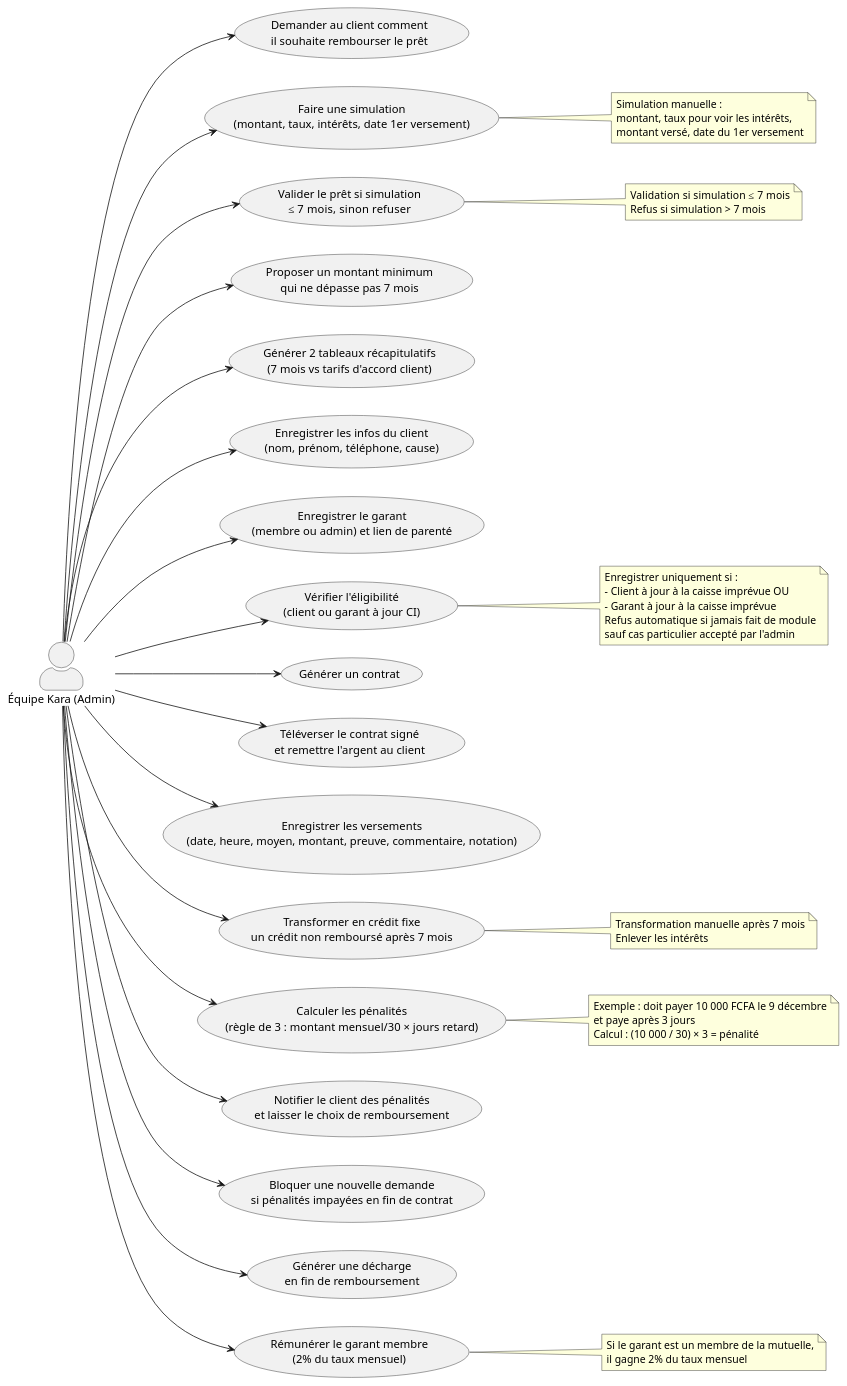
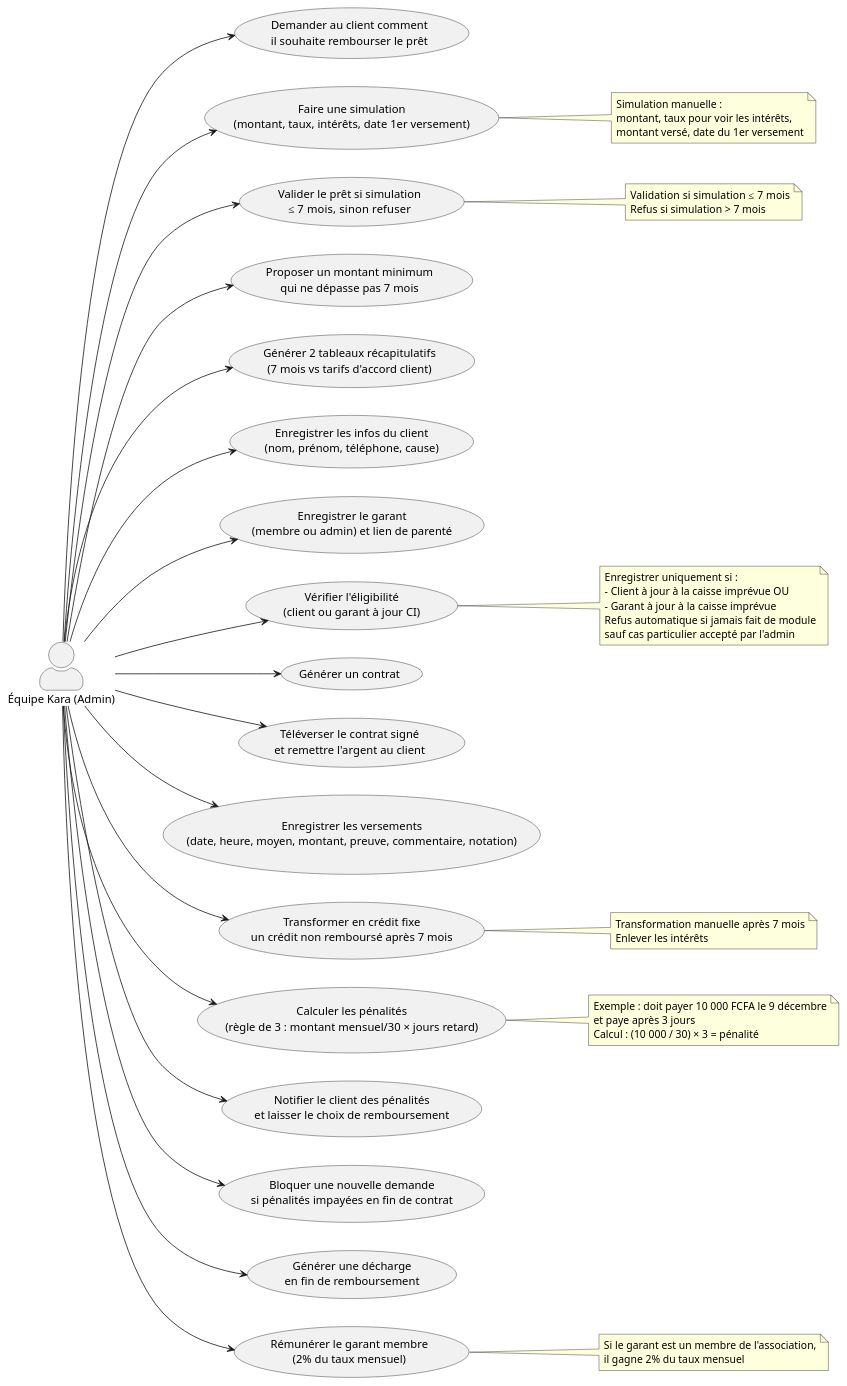
One commit to GlennEriss/kara-client-front changed the diagram in documentation/credit-speciale/V1/credit-speciale-usecases-admin.puml. Above: the diagram before and after it, drawn with PlantUML. The commit also changed 92 other files, not shown here.

```diff
--- a/documentation/credit-speciale/V1/credit-speciale-usecases-admin.puml
+++ b/documentation/credit-speciale/V1/credit-speciale-usecases-admin.puml
@@ -1,78 +1,78 @@
 @startuml
 left to right direction
 skinparam actorStyle awesome
 
 actor "Équipe Kara (Admin)" as Admin
 
 usecase "Demander au client comment\nil souhaite rembourser le prêt" as UC2
 usecase "Faire une simulation\n(montant, taux, intérêts, date 1er versement)" as UC4
 usecase "Valider le prêt si simulation\n≤ 7 mois, sinon refuser" as UC5
 usecase "Proposer un montant minimum\nqui ne dépasse pas 7 mois" as UC6
 usecase "Générer 2 tableaux récapitulatifs\n(7 mois vs tarifs d'accord client)" as UC8
 usecase "Enregistrer les infos du client\n(nom, prénom, téléphone, cause)" as UC9
 usecase "Enregistrer le garant\n(membre ou admin) et lien de parenté" as UC9b
 usecase "Vérifier l'éligibilité\n(client ou garant à jour CI)" as UC10
 usecase "Générer un contrat" as UC11
 usecase "Téléverser le contrat signé\net remettre l'argent au client" as UC13
 usecase "Enregistrer les versements\n(date, heure, moyen, montant, preuve, commentaire, notation)" as UC14
 usecase "Transformer en crédit fixe\nun crédit non remboursé après 7 mois" as UC15
 usecase "Calculer les pénalités\n(règle de 3 : montant mensuel/30 × jours retard)" as UC16
 usecase "Notifier le client des pénalités\net laisser le choix de remboursement" as UC17
 usecase "Bloquer une nouvelle demande\nsi pénalités impayées en fin de contrat" as UC18
 usecase "Générer une décharge\nen fin de remboursement" as UC19
 usecase "Rémunérer le garant membre\n(2% du taux mensuel)" as UC20
 
 Admin --> UC2
 Admin --> UC4
 Admin --> UC5
 Admin --> UC6
 Admin --> UC8
 Admin --> UC9
 Admin --> UC9b
 Admin --> UC10
 Admin --> UC11
 Admin --> UC13
 Admin --> UC14
 Admin --> UC15
 Admin --> UC16
 Admin --> UC17
 Admin --> UC18
 Admin --> UC19
 Admin --> UC20
 
 note right of UC4
   Simulation manuelle :
   montant, taux pour voir les intérêts,
   montant versé, date du 1er versement
 end note
 
 note right of UC5
   Validation si simulation ≤ 7 mois
   Refus si simulation > 7 mois
 end note
 
 note right of UC10
   Enregistrer uniquement si :
   - Client à jour à la caisse imprévue OU
   - Garant à jour à la caisse imprévue
   Refus automatique si jamais fait de module
   sauf cas particulier accepté par l'admin
 end note
 
 note right of UC15
   Transformation manuelle après 7 mois
   Enlever les intérêts
 end note
 
 note right of UC16
   Exemple : doit payer 10 000 FCFA le 9 décembre
   et paye après 3 jours
   Calcul : (10 000 / 30) × 3 = pénalité
 end note
 
 note right of UC20
-  Si le garant est un membre de la mutuelle,
+  Si le garant est un membre de l'association,
   il gagne 2% du taux mensuel
 end note
 
 @enduml
```
